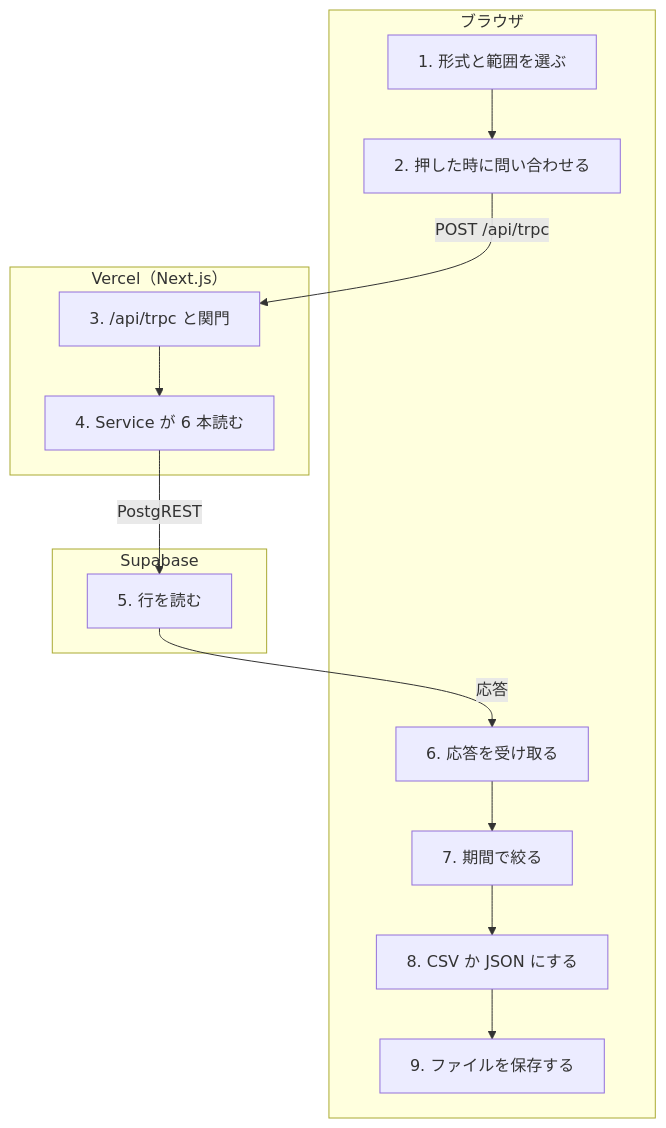
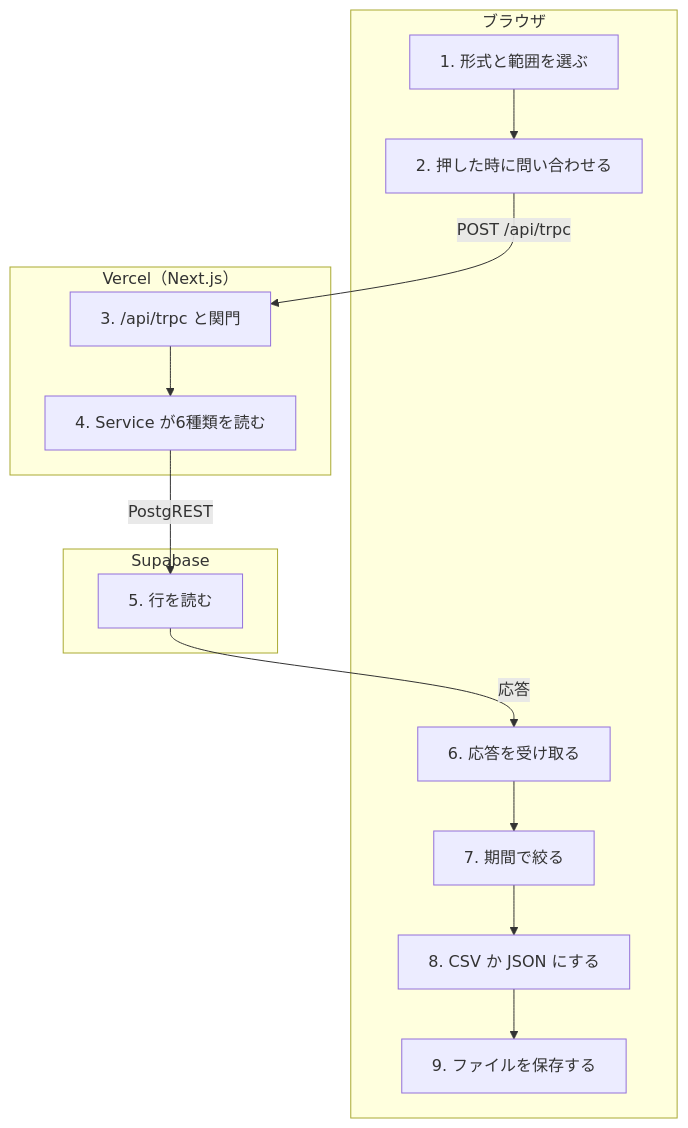
One commit to Dayopt/dayopt changed the diagram in docs/learn/journeys/data-export.md. Above: the diagram before and after it, drawn with Mermaid. The commit also changed other lines of this file and 6 other files, not shown here.

````diff
--- a/docs/learn/journeys/data-export.md
+++ b/docs/learn/journeys/data-export.md
@@ -12,26 +12,26 @@
 ```mermaid
 flowchart TD
   subgraph s_browser["ブラウザ"]
     n1["1. 形式と範囲を選ぶ"]
     n2["2. 押した時に問い合わせる"]
     n6["6. 応答を受け取る"]
     n7["7. 期間で絞る"]
     n8["8. CSV か JSON にする"]
     n9["9. ファイルを保存する"]
   end
   subgraph s_vercel["Vercel（Next.js）"]
     n3["3. /api/trpc と関門"]
-    n4["4. Service が 6 本読む"]
+    n4["4. Service が6種類を読む"]
   end
   subgraph s_supabase["Supabase"]
     n5["5. 行を読む"]
   end
   n1 --> n2
   n2 -->|"POST /api/trpc"| n3
   n3 --> n4
   n4 -->|"PostgREST"| n5
   n5 -->|"応答"| n6
   n6 --> n7
   n7 --> n8
   n8 --> n9
 ```
````
